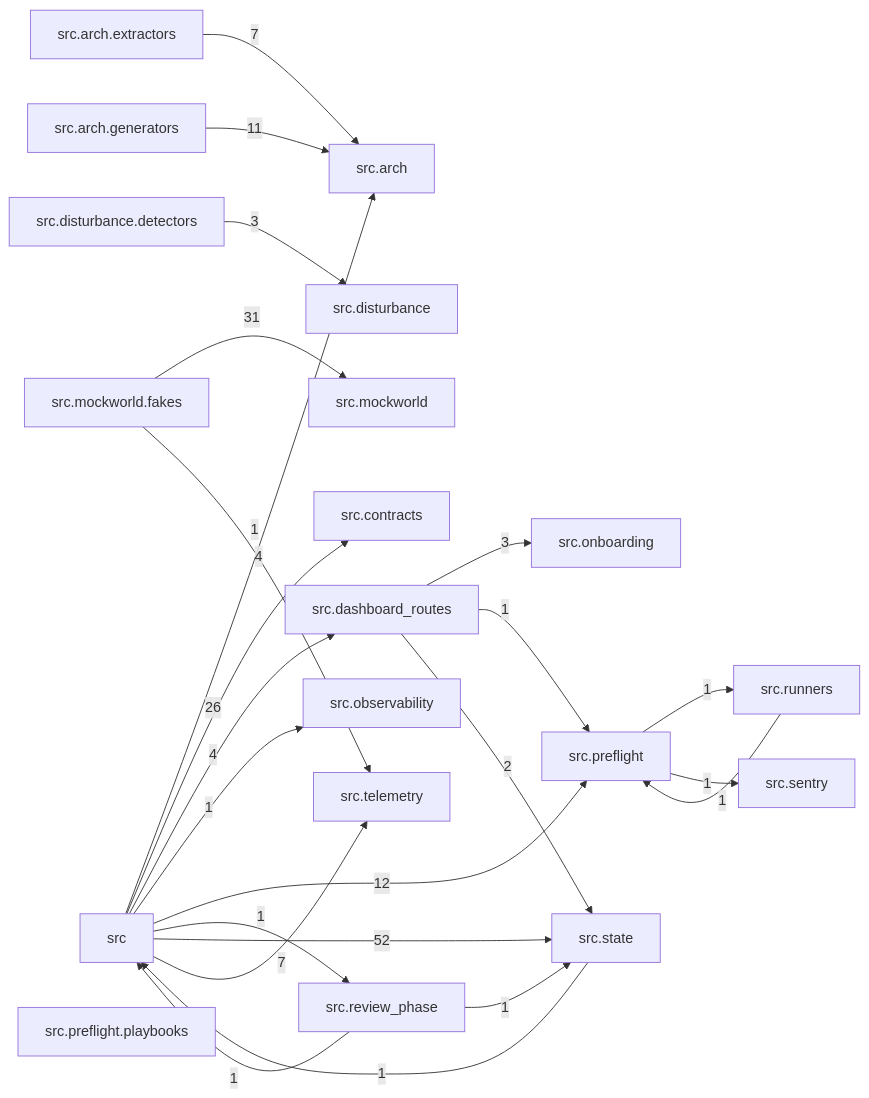
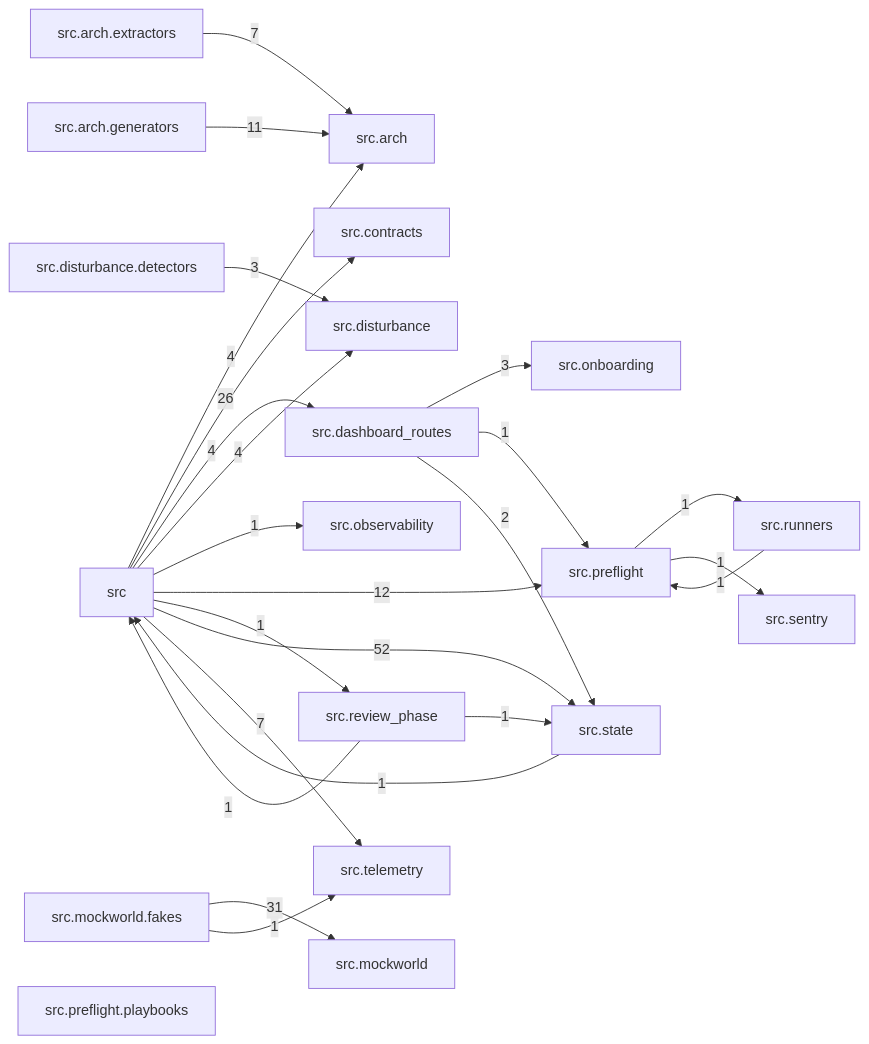
Before and after one commit to T-rav/hydraflow: the diagram in docs/arch/generated/modules.md, drawn with Mermaid. The commit also changed 36 other files, not shown here.

````diff
--- a/docs/arch/generated/modules.md
+++ b/docs/arch/generated/modules.md
@@ -7,44 +7,45 @@
 ```mermaid
 graph LR
     src["src"]
     src_arch["src.arch"]
     src_arch_extractors["src.arch.extractors"]
     src_arch_generators["src.arch.generators"]
     src_contracts["src.contracts"]
     src_dashboard_routes["src.dashboard_routes"]
     src_disturbance["src.disturbance"]
     src_disturbance_detectors["src.disturbance.detectors"]
     src_mockworld["src.mockworld"]
     src_mockworld_fakes["src.mockworld.fakes"]
     src_observability["src.observability"]
     src_onboarding["src.onboarding"]
     src_preflight["src.preflight"]
     src_preflight_playbooks["src.preflight.playbooks"]
     src_review_phase["src.review_phase"]
     src_runners["src.runners"]
     src_sentry["src.sentry"]
     src_state["src.state"]
     src_telemetry["src.telemetry"]
     src -- "4" --> src_arch
     src -- "26" --> src_contracts
     src -- "4" --> src_dashboard_routes
+    src -- "4" --> src_disturbance
     src -- "1" --> src_observability
     src -- "12" --> src_preflight
     src -- "1" --> src_review_phase
     src -- "52" --> src_state
     src -- "7" --> src_telemetry
     src_arch_extractors -- "7" --> src_arch
     src_arch_generators -- "11" --> src_arch
     src_dashboard_routes -- "3" --> src_onboarding
     src_dashboard_routes -- "1" --> src_preflight
     src_dashboard_routes -- "2" --> src_state
     src_disturbance_detectors -- "3" --> src_disturbance
     src_mockworld_fakes -- "31" --> src_mockworld
     src_mockworld_fakes -- "1" --> src_telemetry
     src_preflight -- "1" --> src_runners
     src_preflight -- "1" --> src_sentry
     src_review_phase -- "1" --> src
     src_review_phase -- "1" --> src_state
     src_runners -- "1" --> src_preflight
     src_state -- "1" --> src
 ```
````
